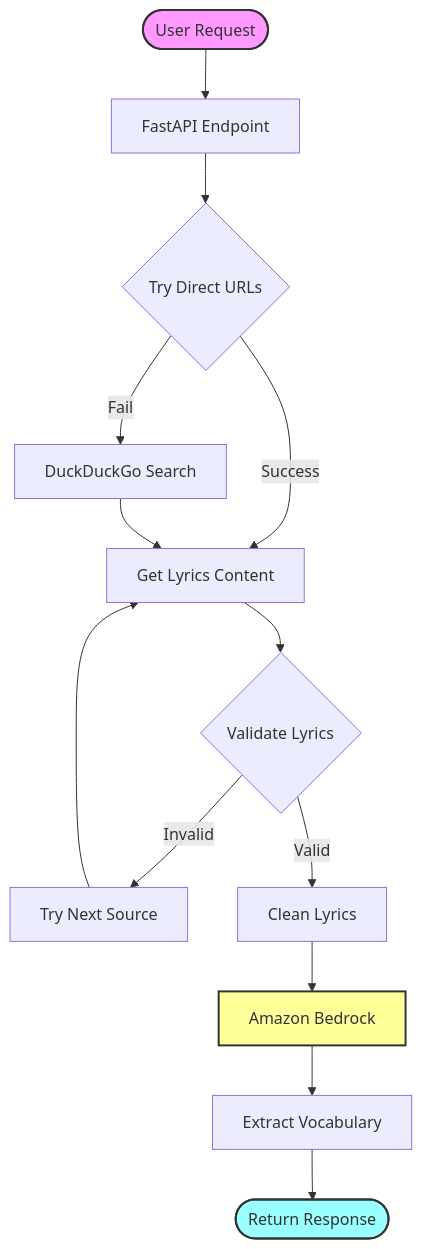
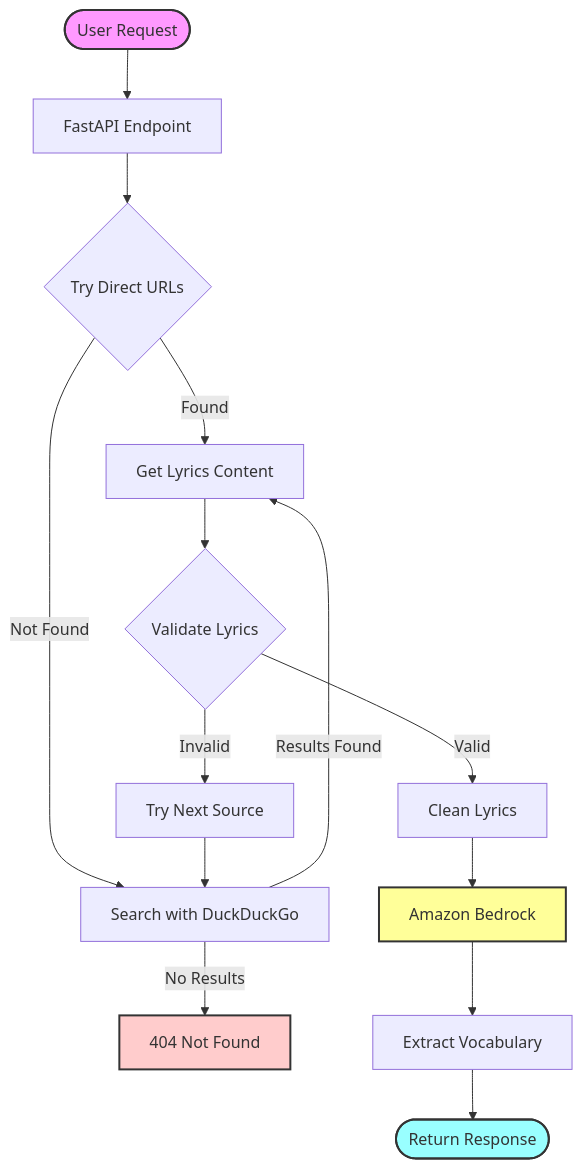
The diagram in song-vocab/agentic-workflow/README.md (SuperNolvas/free-genai-bootcamp-2025), drawn with Mermaid before and after one commit.

Commit message:
update incorrect data flow on Mermaid diagram

````diff
--- a/song-vocab/agentic-workflow/README.md
+++ b/song-vocab/agentic-workflow/README.md
@@ -7,19 +7,21 @@
 ```mermaid
 flowchart TD
     A(["User Request"]) --> B["FastAPI Endpoint"]
     B --> C{"Try Direct URLs"}
-    C -->|"Success"| E["Get Lyrics Content"]
-    C -->|"Fail"| D["DuckDuckGo Search"]
-    D --> E
+    C -->|"Found"| E["Get Lyrics Content"]
+    C -->|"Not Found"| D["Search with DuckDuckGo"]
+    D -->|"Results Found"| E
+    D -->|"No Results"| M["404 Not Found"]
     E --> F{"Validate Lyrics"}
     F -->|"Invalid"| G["Try Next Source"]
-    G --> E
+    G --> D
     F -->|"Valid"| H["Clean Lyrics"]
     H --> I["Amazon Bedrock"]
     I --> J["Extract Vocabulary"]
     J --> K(["Return Response"])
     
     style A fill:#f9f,stroke:#333,stroke-width:2px
     style K fill:#9ff,stroke:#333,stroke-width:2px
     style I fill:#ff9,stroke:#333,stroke-width:2px
+    style M fill:#fcc,stroke:#333,stroke-width:2px
 ```
````
